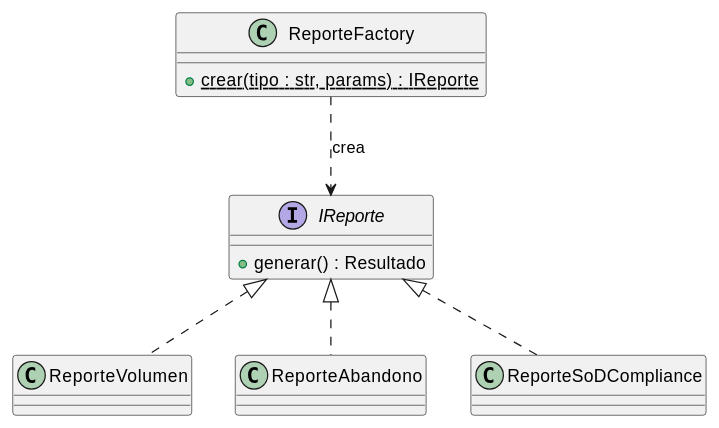
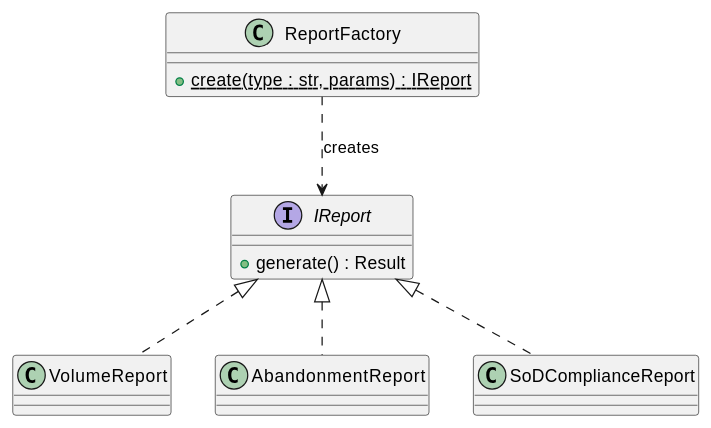
Before and after one commit to jcg-admin/IACT-docs: the diagram in source/requisitos/_metodologia-aplicacion/patrones-diseno/factory-reportefactory.rst, drawn with PlantUML. The commit also changed 6 other files, not shown here.

```diff
--- a/source/requisitos/_metodologia-aplicacion/patrones-diseno/factory-reportefactory.rst
+++ b/source/requisitos/_metodologia-aplicacion/patrones-diseno/factory-reportefactory.rst
@@ -8,17 +8,17 @@
 .. uml::
 
    @startuml
-   interface IReporte {
-     + generar() : Resultado
+   interface IReport {
+     + generate() : Result
    }
-   class ReporteVolumen
-   class ReporteAbandono
-   class ReporteSoDCompliance
-   class ReporteFactory {
-     + {static} crear(tipo : str, params) : IReporte
+   class VolumeReport
+   class AbandonmentReport
+   class SoDComplianceReport
+   class ReportFactory {
+     + {static} create(type : str, params) : IReport
    }
-   IReporte <|.. ReporteVolumen
-   IReporte <|.. ReporteAbandono
-   IReporte <|.. ReporteSoDCompliance
-   ReporteFactory ..> IReporte : crea
+   IReport <|.. VolumeReport
+   IReport <|.. AbandonmentReport
+   IReport <|.. SoDComplianceReport
+   ReportFactory ..> IReport : creates
    @enduml
```
